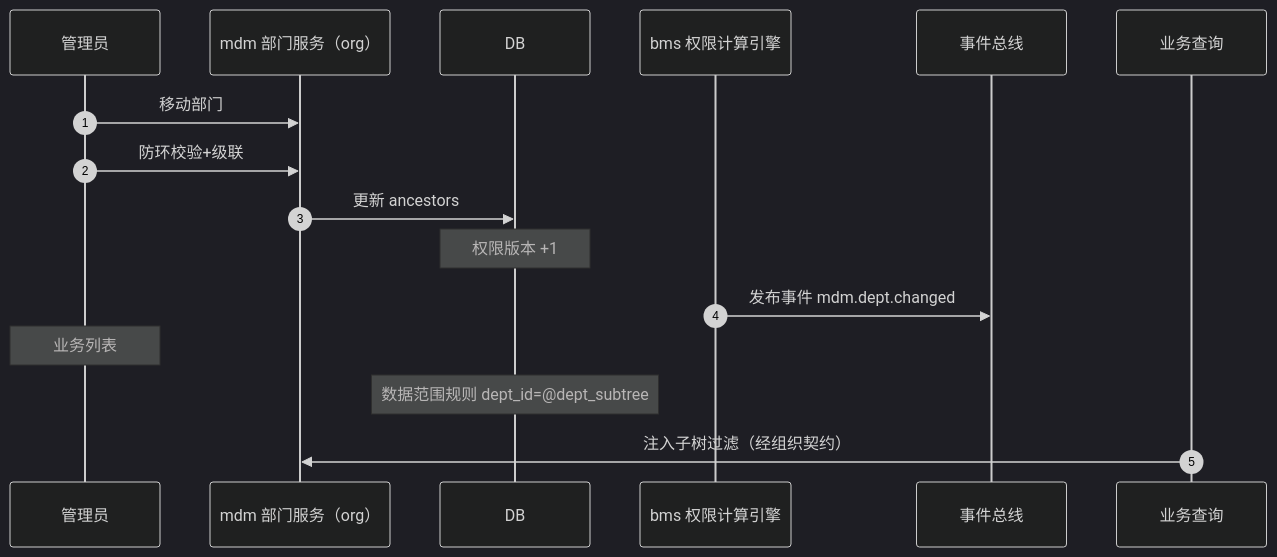
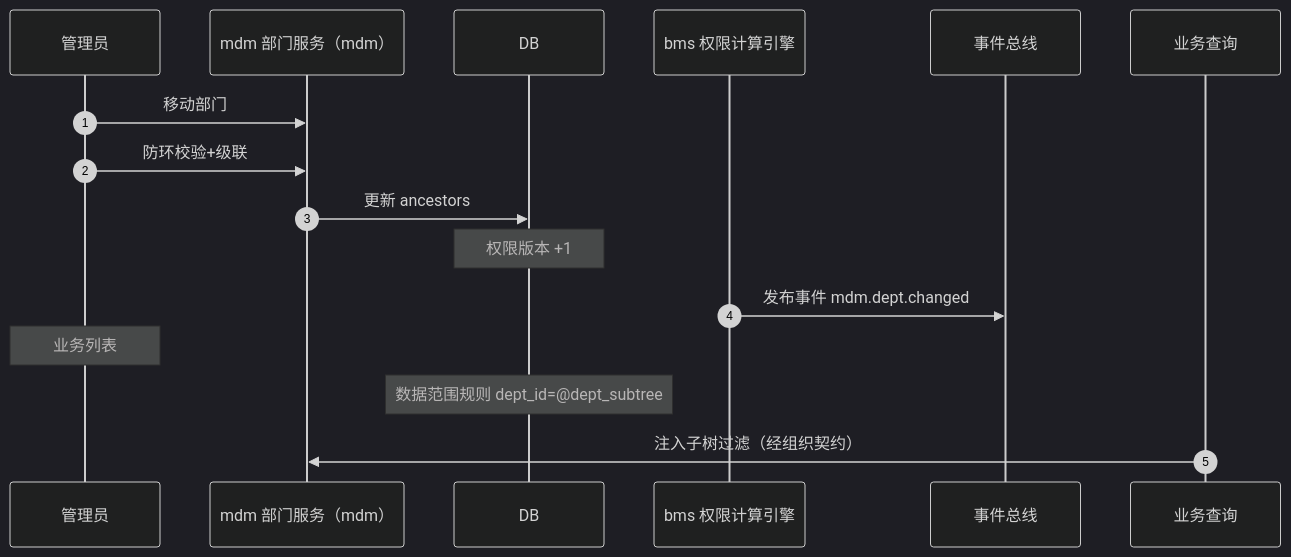
One commit to minjian123/master-data-management changed the diagram in mdm文档/设计/概要设计/03_概要设计_部门管理.md. Above: the diagram before and after it, drawn with Mermaid (dark theme). The commit also changed other lines of this file and 314 other files, not shown here.

Commit message:
refactor(命名): 全仓 org 统一为 mdm（目录/模块键/能力名/常量/文档）

````diff
--- a/mdm文档/设计/概要设计/03_概要设计_部门管理.md
+++ b/mdm文档/设计/概要设计/03_概要设计_部门管理.md
@@ -50,19 +50,19 @@
 ```mermaid
 sequenceDiagram
     autonumber
     participant 管理员
-    participant 部门服务 as mdm 部门服务（org）
+    participant 部门服务 as mdm 部门服务（mdm）
     participant DB
     participant 权限计算引擎 as bms 权限计算引擎
     participant 事件总线
     participant 业务查询
 
     管理员->>部门服务: 移动部门
     管理员->>部门服务: 防环校验+级联
     部门服务->>DB: 更新 ancestors
     Note over DB: 权限版本 +1
     权限计算引擎->>事件总线: 发布事件 mdm.dept.changed
     Note over 管理员: 业务列表
     Note over DB: 数据范围规则 dept_id=@dept_subtree
     业务查询->>部门服务: 注入子树过滤（经组织契约）
 ```
````
